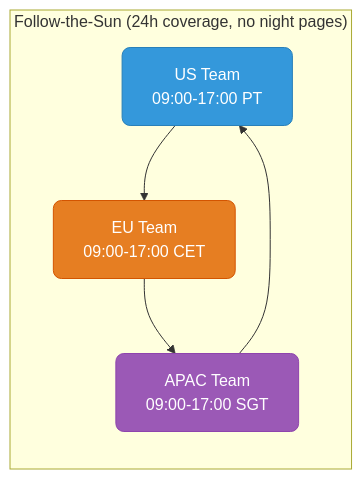
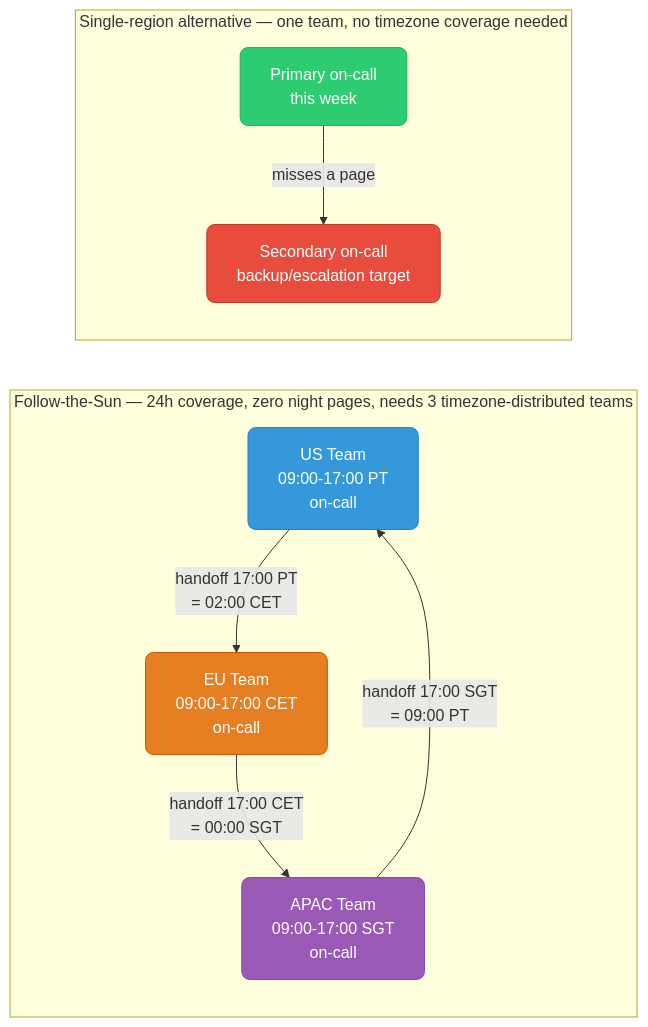
The fifth of 7 diagrams in sre/oncall-tooling.md (deepanshu-rawat6/DevOpsIndex), drawn with Mermaid before and after one commit. The commit also changed other lines of this file and 7 other files, not shown here.

````diff
--- a/sre/oncall-tooling.md
+++ b/sre/oncall-tooling.md
@@ -309,12 +421,18 @@
 ```mermaid
 flowchart LR
     classDef blue fill:#3498db,stroke:#2980b9,color:#fff,rx:8
     classDef orange fill:#e67e22,stroke:#d35400,color:#fff,rx:8
     classDef purple fill:#9b59b6,stroke:#8e44ad,color:#fff,rx:8
+    classDef green fill:#2ecc71,stroke:#27ae60,color:#fff,rx:8
+    classDef red fill:#e74c3c,stroke:#c0392b,color:#fff,rx:8
 
-    subgraph FollowSun["Follow-the-Sun (24h coverage, no night pages)"]
-        US["US Team<br>09:00-17:00 PT"]:::blue --> EU["EU Team<br>09:00-17:00 CET"]:::orange
-        EU --> APAC["APAC Team<br>09:00-17:00 SGT"]:::purple
-        APAC --> US
+    subgraph FollowSun["Follow-the-Sun — 24h coverage, zero night pages, needs 3 timezone-distributed teams"]
+        US["US Team<br>09:00-17:00 PT<br>on-call"]:::blue -->|"handoff 17:00 PT<br>= 02:00 CET"| EU["EU Team<br>09:00-17:00 CET<br>on-call"]:::orange
+        EU -->|"handoff 17:00 CET<br>= 00:00 SGT"| APAC["APAC Team<br>09:00-17:00 SGT<br>on-call"]:::purple
+        APAC -->|"handoff 17:00 SGT<br>= 09:00 PT"| US
+    end
+
+    subgraph SingleRegion["Single-region alternative — one team, no timezone coverage needed"]
+        PRIMARY["Primary on-call<br>this week"]:::green -->|"misses a page"| SECONDARY["Secondary on-call<br>backup/escalation target"]:::red
     end
 ```
````
